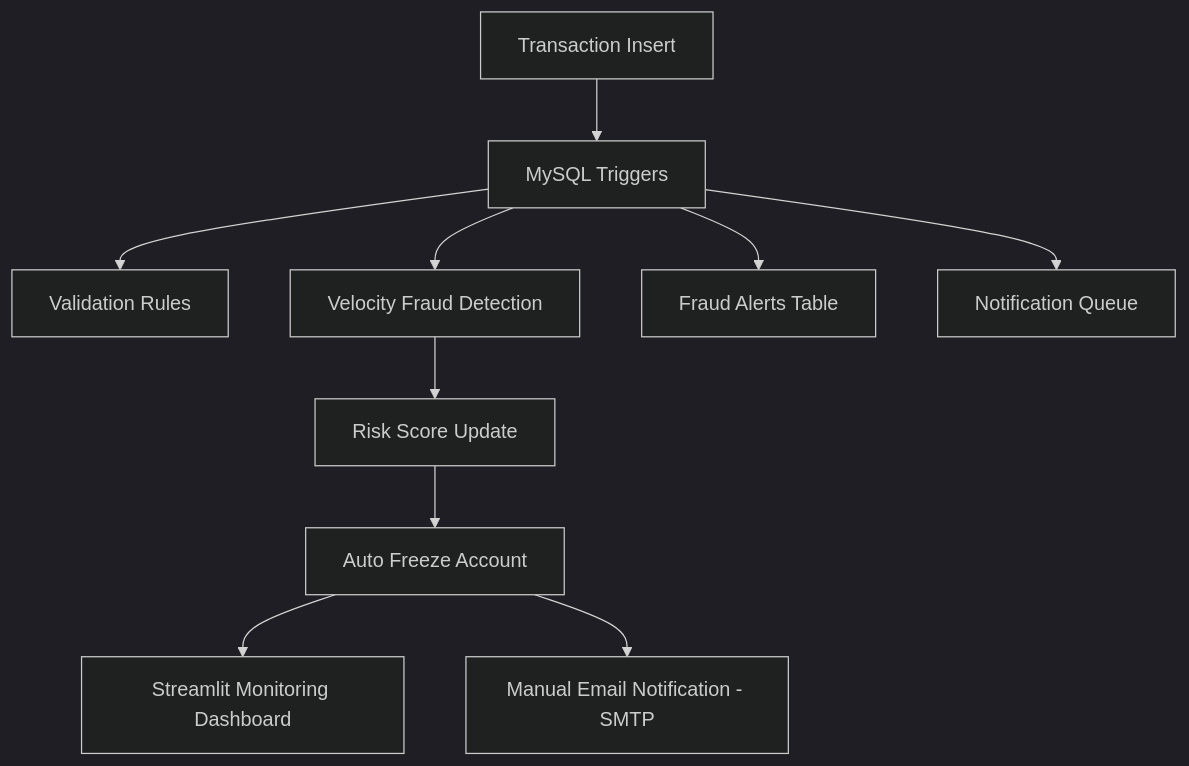
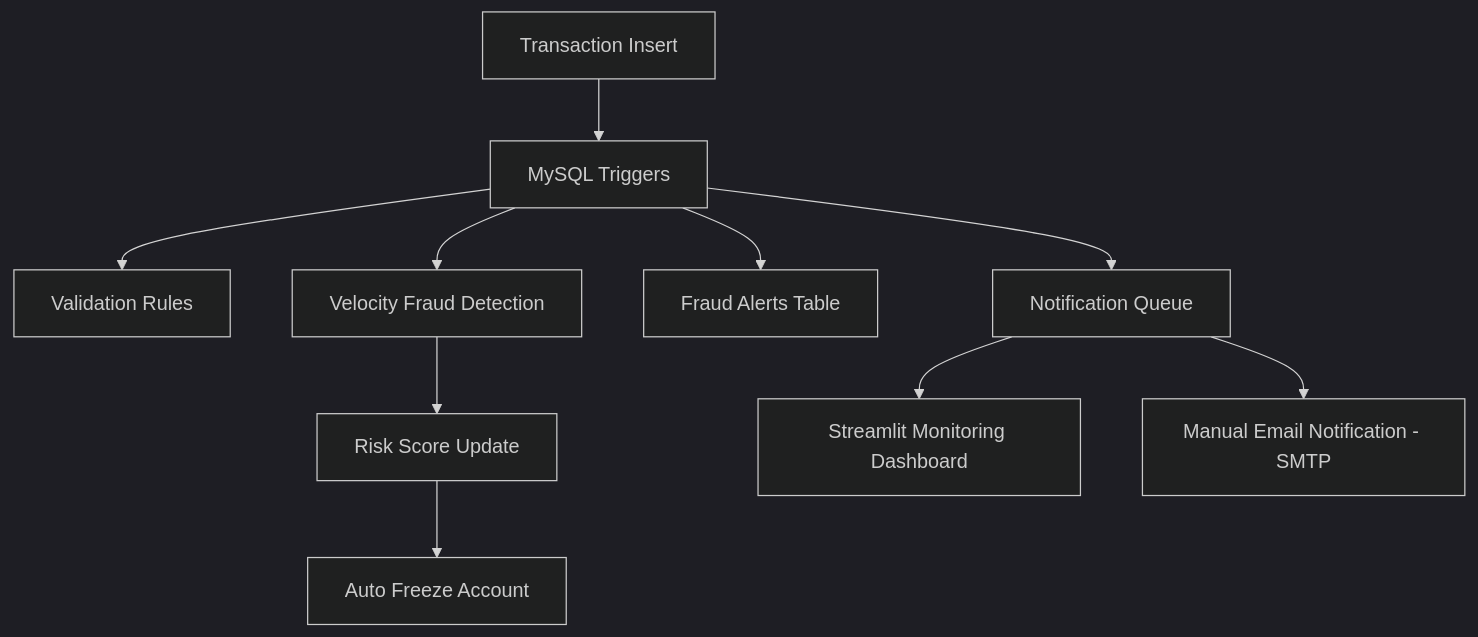
Before and after one commit to kishorem1206/Database-Driven-Fraud-Detection-System: the diagram in README.md, drawn with Mermaid (dark theme).

Commit message:
Modified System architecture

````diff
--- a/README.md
+++ b/README.md
@@ -35,16 +35,16 @@
 ```mermaid
 flowchart TD
     A[Transaction Insert] --> B[MySQL Triggers]
-    
+
     B --> C[Validation Rules]
     B --> D[Velocity Fraud Detection]
-    D --> E[Risk Score Update]
-    E --> F[Auto Freeze Account]
-    
-    B --> G[Fraud Alerts Table]
-    B --> H[Notification Queue]
-    
-    %% Python-based components
+    B --> E[Fraud Alerts Table]
+    B --> F[Notification Queue]
+
+    D --> G[Risk Score Update]
+    G --> H[Auto Freeze Account]
+
+    %% Python-based components (separate)
     F --> I[Streamlit Monitoring Dashboard]
     F --> J[Manual Email Notification - SMTP]
 ```
````
